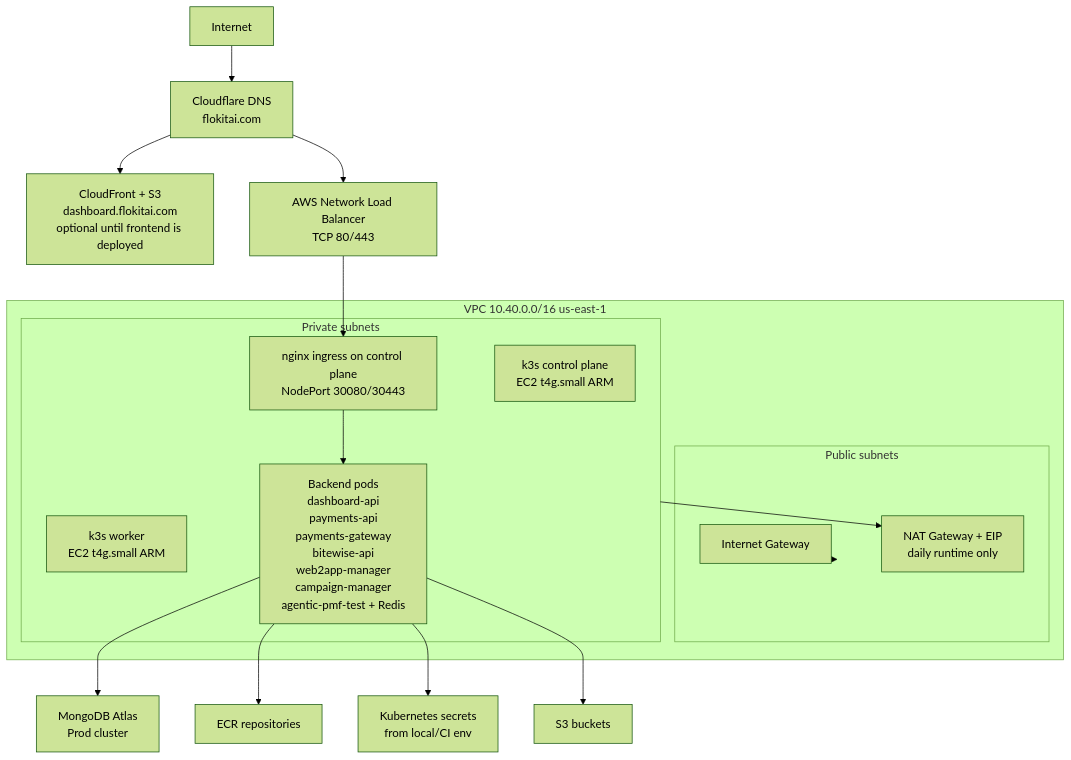
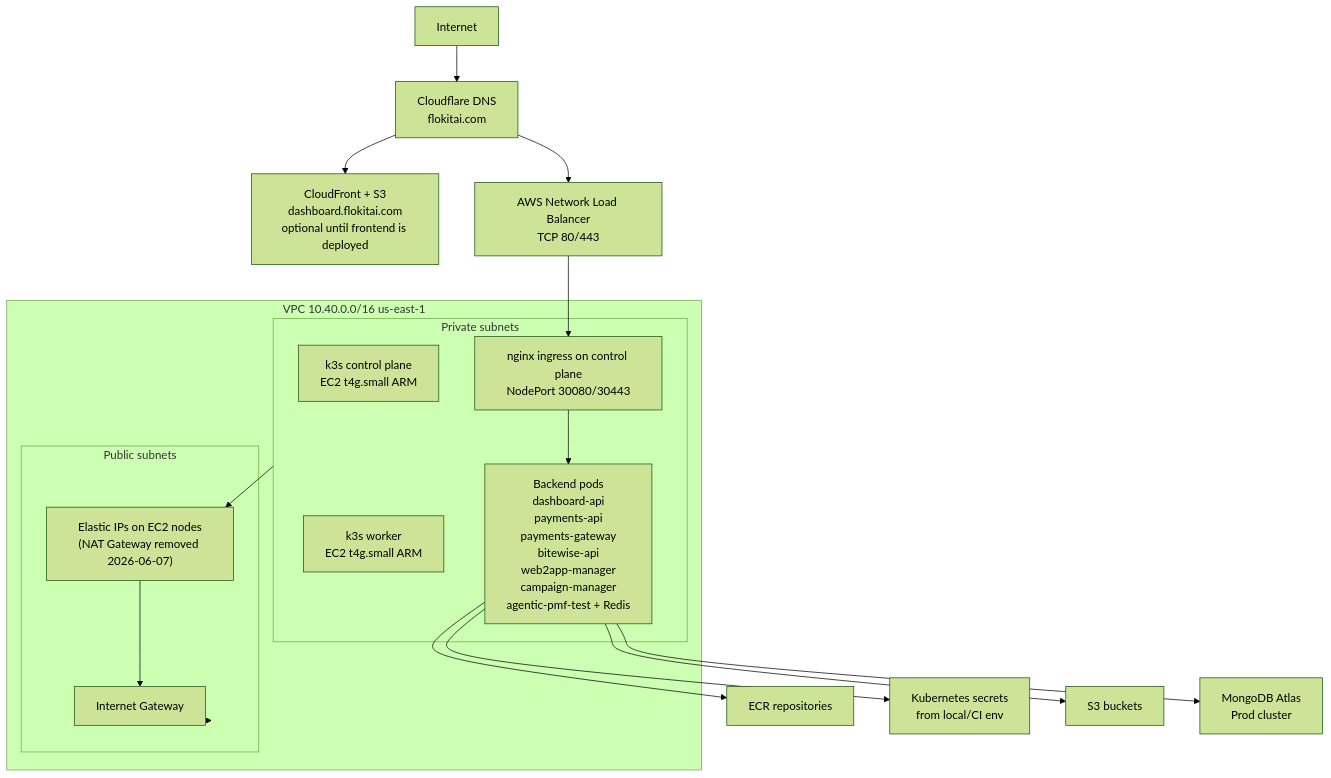
Before and after one commit to shaiboujuP/documentation: the diagram in Infrastructure/flokit_environment_hld.md, drawn with Mermaid (forest theme). The commit also changed other lines of this file and 1 other file, not shown here.

First line of the commit message:
Add AWS cost reduction policy and update HLD for NAT removal

````diff
--- a/Infrastructure/flokit_environment_hld.md
+++ b/Infrastructure/flokit_environment_hld.md
@@ -87,38 +87,39 @@
 ```mermaid
 flowchart TB
   internet["Internet"]
   cloudflare["Cloudflare DNS<br/>flokitai.com"]
   dashboardCdn["CloudFront + S3<br/>dashboard.flokitai.com<br/>optional until frontend is deployed"]
   nlb["AWS Network Load Balancer<br/>TCP 80/443"]
 
   subgraph vpc["VPC 10.40.0.0/16 us-east-1"]
     subgraph public["Public subnets"]
       igw["Internet Gateway"]
-      nat["NAT Gateway + EIP<br/>daily runtime only"]
+      eip["Elastic IPs on EC2 nodes<br/>(NAT Gateway removed 2026-06-07)"]
     end
 
     subgraph private["Private subnets"]
       cp["k3s control plane<br/>EC2 t4g.small ARM"]
       worker["k3s worker<br/>EC2 t4g.small ARM"]
       ingress["nginx ingress on control plane<br/>NodePort 30080/30443"]
       pods["Backend pods<br/>dashboard-api<br/>payments-api<br/>payments-gateway<br/>bitewise-api<br/>web2app-manager<br/>campaign-manager<br/>agentic-pmf-test + Redis"]
     end
   end
 
   ecr["ECR repositories"]
   secrets["Kubernetes secrets<br/>from local/CI env"]
   s3["S3 buckets"]
   atlas["MongoDB Atlas<br/>Prod cluster"]
 
   internet --> cloudflare
   cloudflare --> dashboardCdn
   cloudflare --> nlb
   nlb --> ingress
   ingress --> pods
   pods --> atlas
   pods --> ecr
   pods --> secrets
   pods --> s3
-  private --> nat
+  private --> eip
+  eip --> igw
   public --> igw
 ```
````
